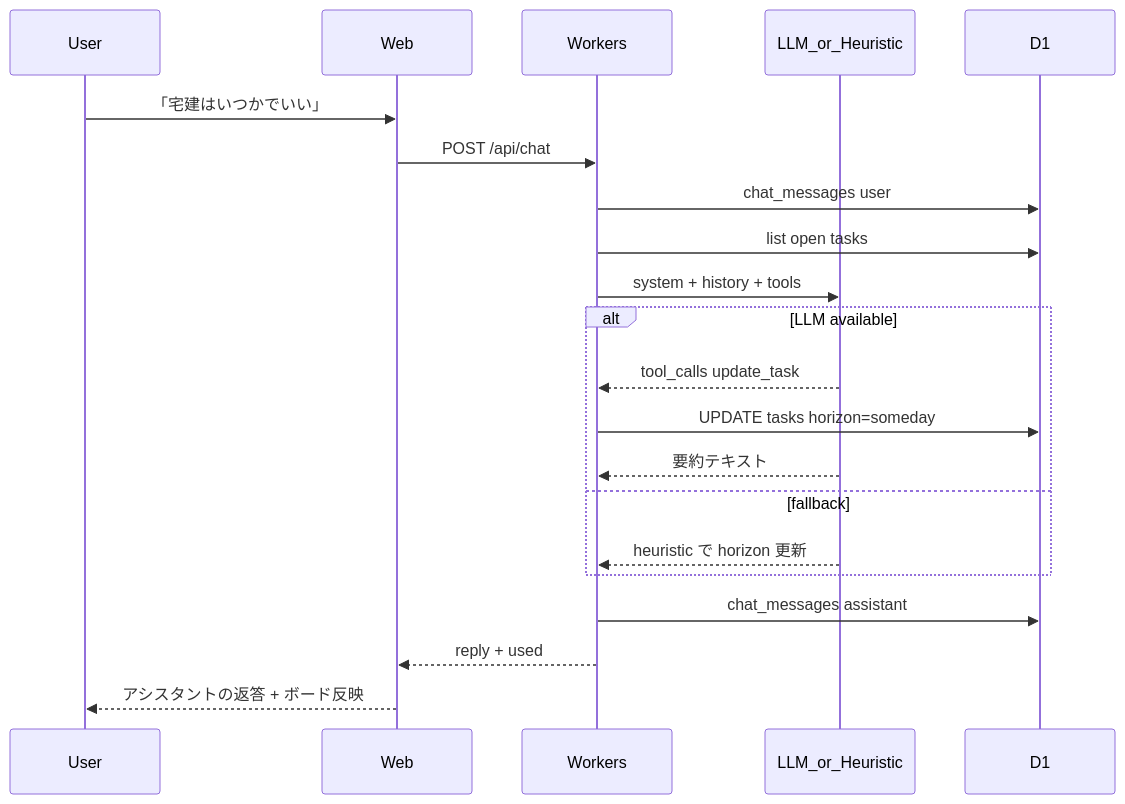
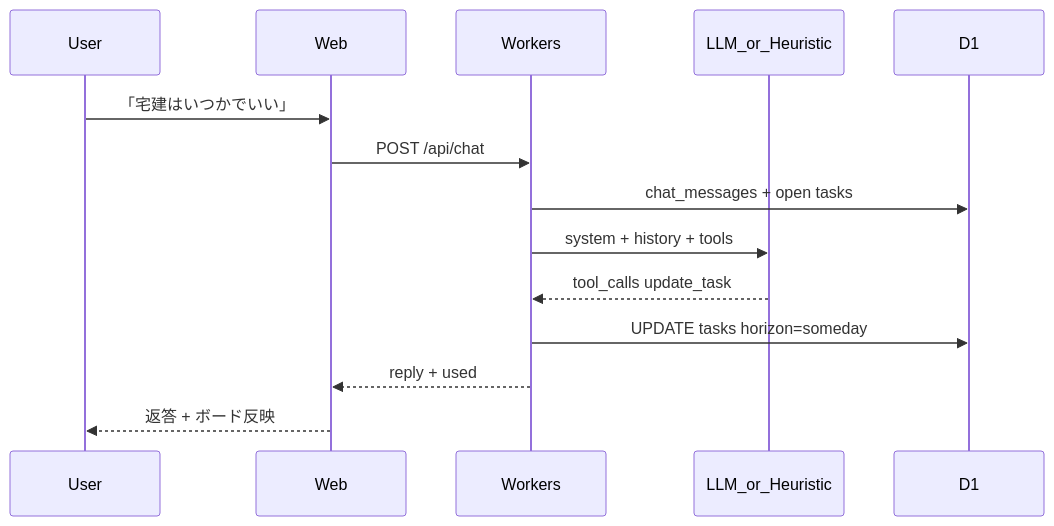
Before and after one commit to keitaroooo/aide: the fifth of 6 diagrams in README.md, drawn with Mermaid. The commit also changed other lines of this file and 31 other files, not shown here.

````diff
--- a/README.md
+++ b/README.md
@@ -291,24 +221,17 @@
 ```mermaid
 sequenceDiagram
   participant U as User
   participant W as Web
   participant A as Workers
   participant L as LLM_or_Heuristic
   participant D as D1
 
   U->>W: 「宅建はいつかでいい」
   W->>A: POST /api/chat
-  A->>D: chat_messages user
-  A->>D: list open tasks
+  A->>D: chat_messages + open tasks
   A->>L: system + history + tools
-  alt LLM available
-    L-->>A: tool_calls update_task
-    A->>D: UPDATE tasks horizon=someday
-    L-->>A: 要約テキスト
-  else fallback
-    L-->>A: heuristic で horizon 更新
-  end
-  A->>D: chat_messages assistant
+  L-->>A: tool_calls update_task
+  A->>D: UPDATE tasks horizon=someday
   A-->>W: reply + used
-  W-->>U: アシスタントの返答 + ボード反映
+  W-->>U: 返答 + ボード反映
 ```
````
